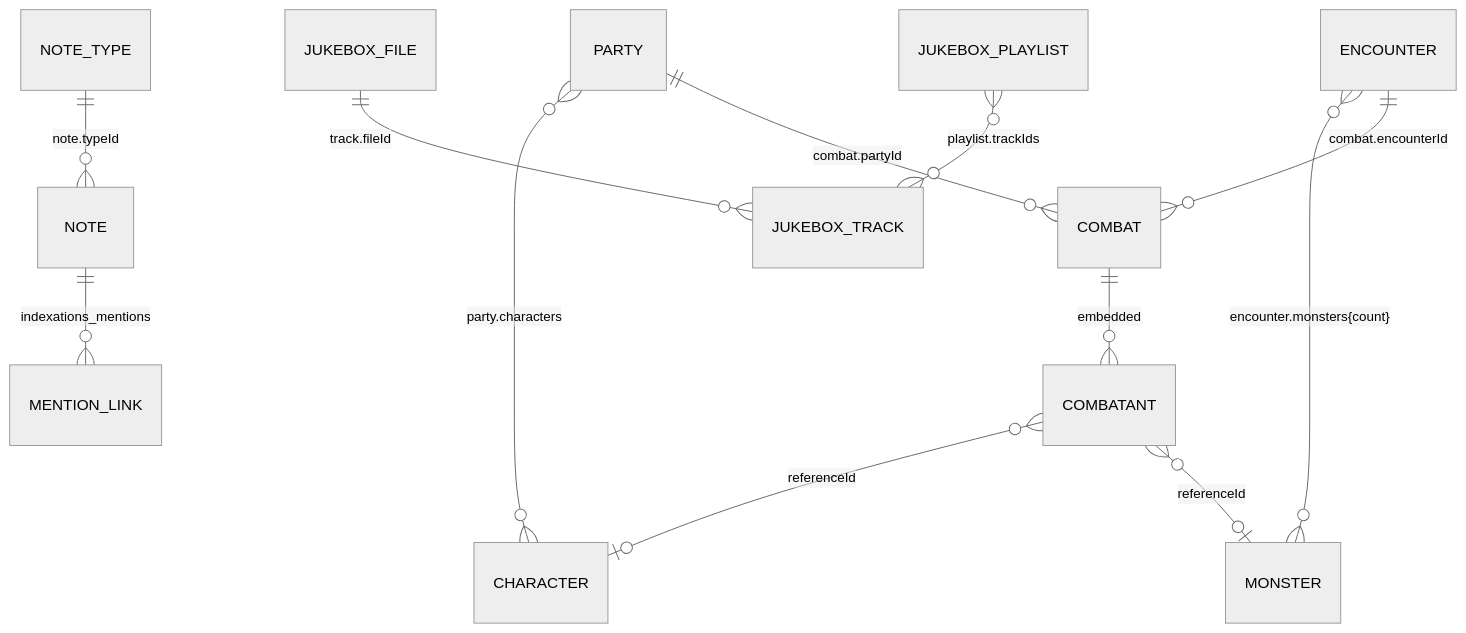
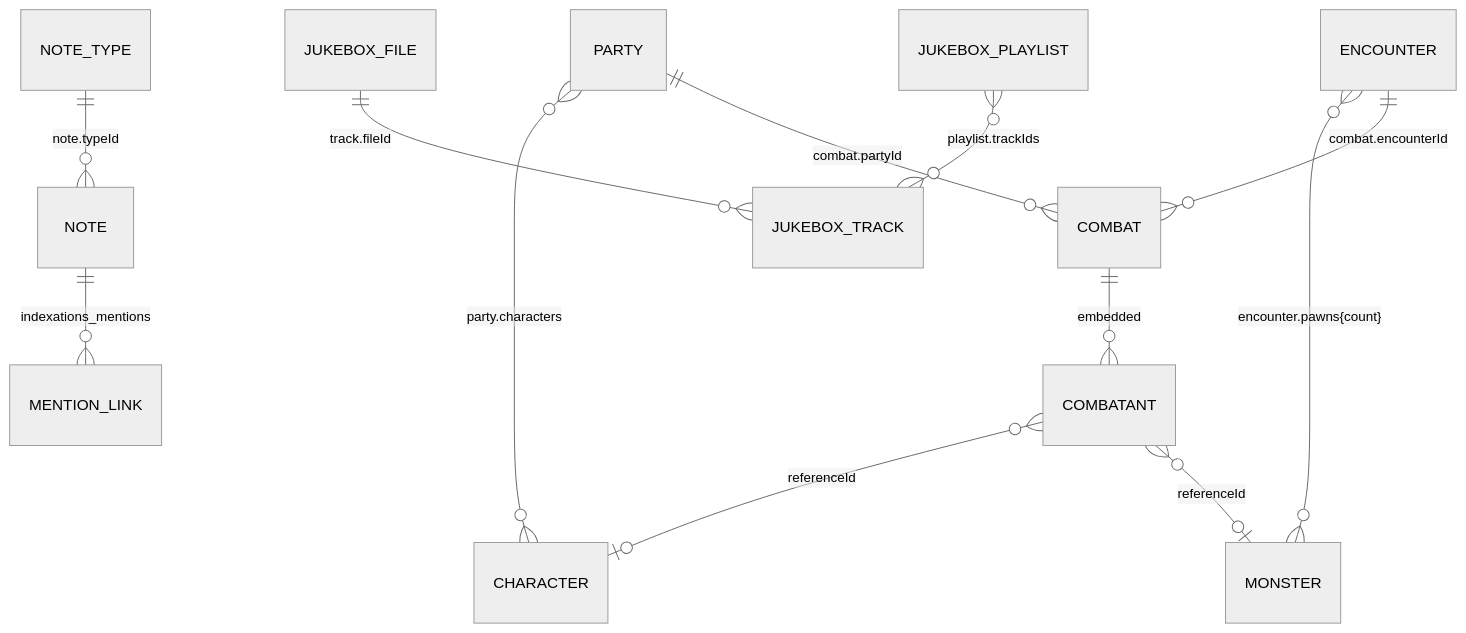
Before and after one commit to ionian-wind/dmh-pwa: the diagram in docs/architecture/data-model.md, drawn with Mermaid (neutral theme). The commit also changed other lines of this file and 26 other files, not shown here.

First line of the commit message:
refactor(encounters): rename monsters to pawns

````diff
--- a/docs/architecture/data-model.md
+++ b/docs/architecture/data-model.md
@@ -319,14 +319,14 @@
 ```mermaid
 erDiagram
   NOTE_TYPE ||--o{ NOTE : "note.typeId"
   PARTY }o--o{ CHARACTER : "party.characters"
-  ENCOUNTER }o--o{ MONSTER : "encounter.monsters{count}"
+  ENCOUNTER }o--o{ MONSTER : "encounter.pawns{count}"
   ENCOUNTER ||--o{ COMBAT : "combat.encounterId"
   PARTY ||--o{ COMBAT : "combat.partyId"
   COMBAT ||--o{ COMBATANT : "embedded"
   COMBATANT }o--o| CHARACTER : "referenceId"
   COMBATANT }o--o| MONSTER : "referenceId"
   JUKEBOX_FILE ||--o{ JUKEBOX_TRACK : "track.fileId"
   JUKEBOX_PLAYLIST }o--o{ JUKEBOX_TRACK : "playlist.trackIds"
   NOTE ||--o{ MENTION_LINK : "indexations_mentions"
 ```
````
